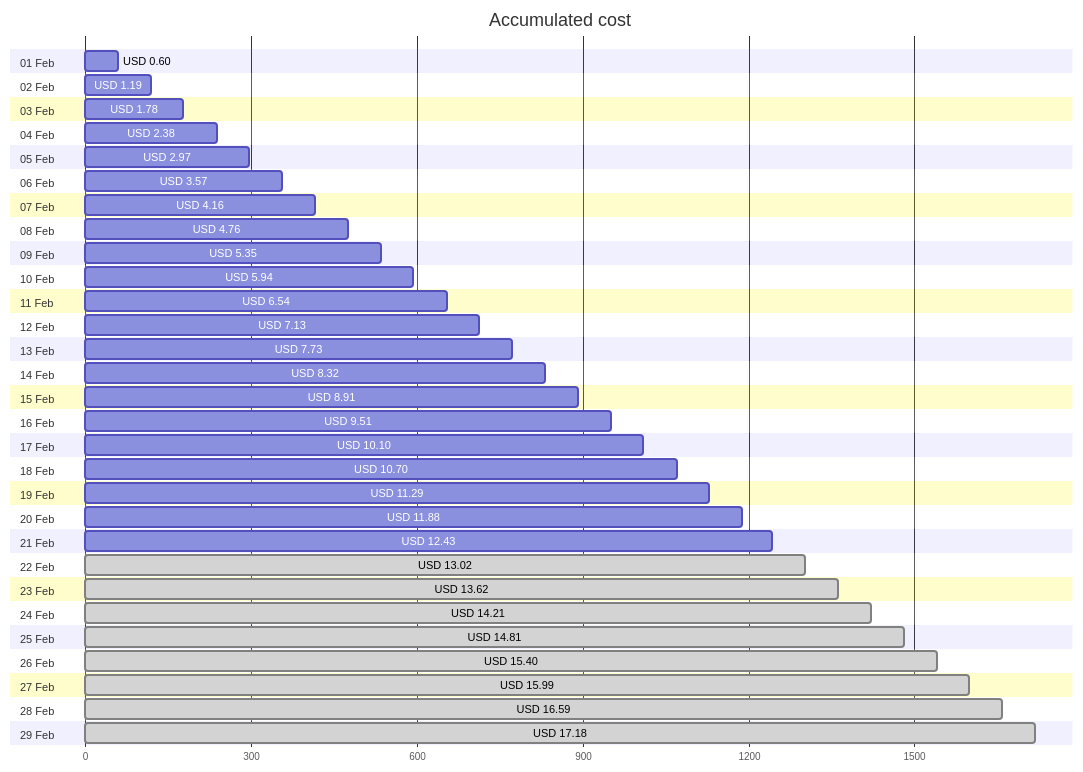
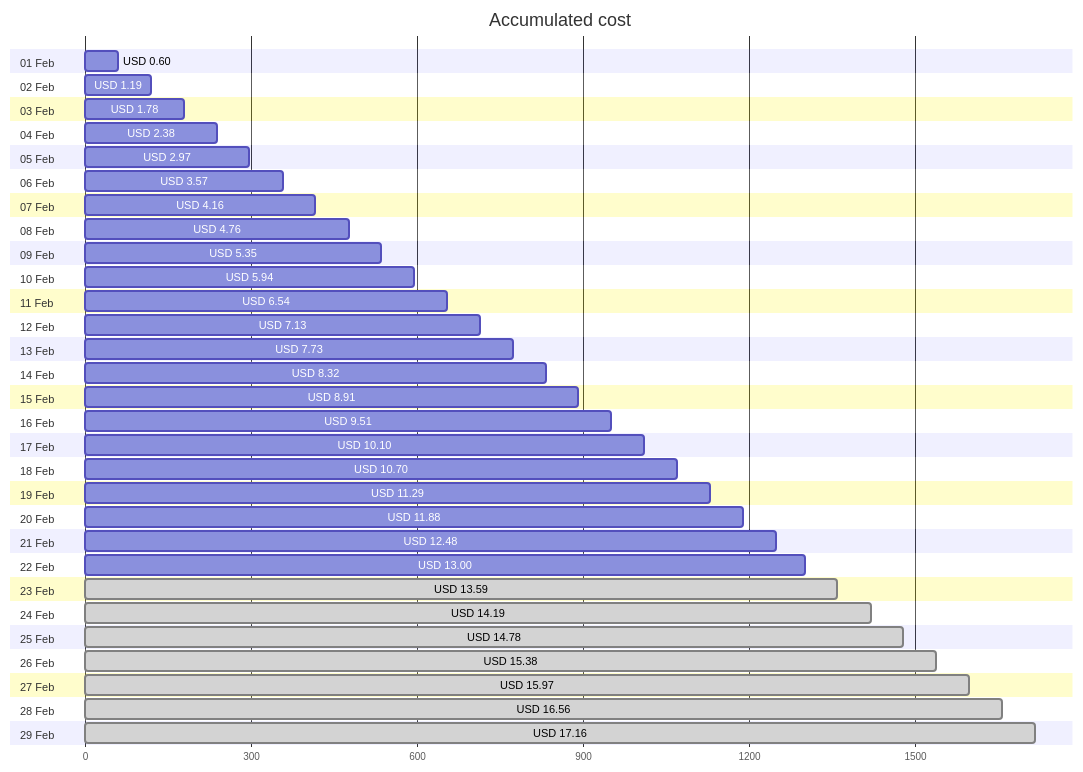
Before and after one commit to jpfulton/azure-personal-reports: the first of 4 diagrams in cost-reports/personal-site/README.md, drawn with Mermaid. The commit also changed other lines of this file and 6 other files, not shown here.

````diff
--- a/cost-reports/personal-site/README.md
+++ b/cost-reports/personal-site/README.md
@@ -20,64 +20,64 @@
 ```mermaid
 gantt
    title Accumulated cost
    dateFormat  X
    axisFormat %s
    section 01 Feb
    USD 0.60 :0, 60
    section 02 Feb
    USD 1.19 :0, 119
    section 03 Feb
    USD 1.78 :0, 178
    section 04 Feb
    USD 2.38 :0, 238
    section 05 Feb
    USD 2.97 :0, 297
    section 06 Feb
    USD 3.57 :0, 357
    section 07 Feb
    USD 4.16 :0, 416
    section 08 Feb
    USD 4.76 :0, 476
    section 09 Feb
    USD 5.35 :0, 535
    section 10 Feb
    USD 5.94 :0, 594
    section 11 Feb
    USD 6.54 :0, 654
    section 12 Feb
    USD 7.13 :0, 713
    section 13 Feb
    USD 7.73 :0, 773
    section 14 Feb
    USD 8.32 :0, 832
    section 15 Feb
    USD 8.91 :0, 891
    section 16 Feb
    USD 9.51 :0, 951
    section 17 Feb
    USD 10.10 :0, 1010
    section 18 Feb
    USD 10.70 :0, 1070
    section 19 Feb
    USD 11.29 :0, 1129
    section 20 Feb
    USD 11.88 :0, 1188
    section 21 Feb
-   USD 12.43 :0, 1243
+   USD 12.48 :0, 1248
    section 22 Feb
-   USD 13.02 : done, 0, 1302
+   USD 13.00 :0, 1300
    section 23 Feb
-   USD 13.62 : done, 0, 1362
+   USD 13.59 : done, 0, 1359
    section 24 Feb
-   USD 14.21 : done, 0, 1421
+   USD 14.19 : done, 0, 1419
    section 25 Feb
-   USD 14.81 : done, 0, 1481
+   USD 14.78 : done, 0, 1478
    section 26 Feb
-   USD 15.40 : done, 0, 1540
+   USD 15.38 : done, 0, 1538
    section 27 Feb
-   USD 15.99 : done, 0, 1599
+   USD 15.97 : done, 0, 1597
    section 28 Feb
-   USD 16.59 : done, 0, 1659
+   USD 16.56 : done, 0, 1656
    section 29 Feb
-   USD 17.18 : done, 0, 1718
+   USD 17.16 : done, 0, 1716
 ```
````
